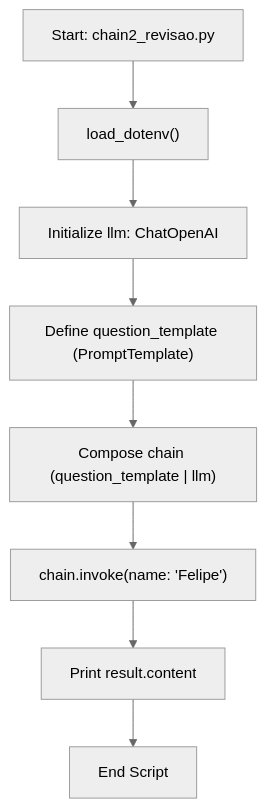
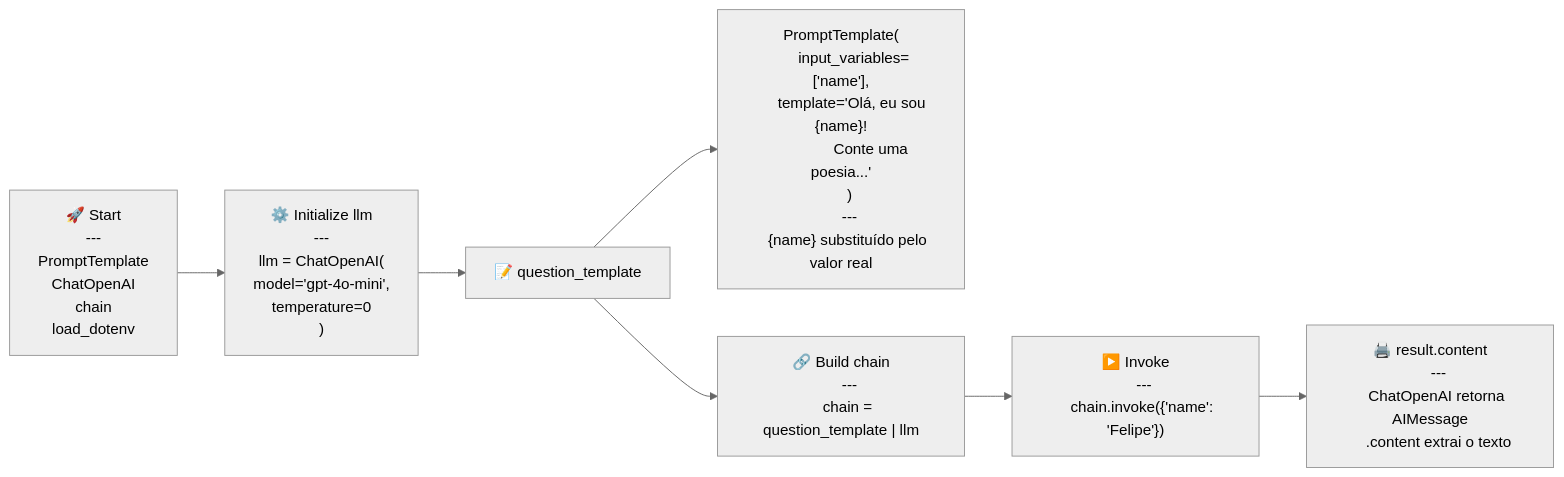
The diagram in mermaid-diagrams/fluxo-chain-simples.mmd (felipecesargomes/langchain), drawn with Mermaid (neutral theme) before and after one commit. The commit also changed 1 other file, not shown here.

Commit message:
feat: atualizar diagrama de fluxo e imagem para fluxo-chain-simples

```diff
--- a/mermaid-diagrams/fluxo-chain-simples.mmd
+++ b/mermaid-diagrams/fluxo-chain-simples.mmd
@@ -1,13 +1,40 @@
----
-references:
-  - "File: /chains-e-processamentos/chain2_revisao.py"
-generationTime: 2026-06-27T20:53:00.050Z
----
-flowchart TD
-    A["Start: chain2_revisao.py"] --> B["load_dotenv()"]
-    B --> C["Initialize llm: ChatOpenAI"]
-    C --> D["Define question_template (PromptTemplate)"]
-    D --> E["Compose chain (question_template | llm)"]
-    E --> F["chain.invoke(name: 'Felipe')"]
-    F --> G["Print result.content"]
-    G --> H["End Script"]
+flowchart LR
+    A["🚀 Start
+    ---
+    PromptTemplate
+    ChatOpenAI
+    chain
+    load_dotenv"]
+
+    B["⚙️ Initialize llm
+    ---
+    llm = ChatOpenAI(
+      model='gpt-4o-mini',
+      temperature=0
+    )"]
+
+    C["📝 question_template"]
+
+    C_detail["PromptTemplate(
+      input_variables=['name'],
+      template='Olá, eu sou {name}!
+               Conte uma poesia...'
+    )
+    ---
+    {name} substituído pelo valor real"]
+
+    D["🔗 Build chain
+    ---
+    chain = question_template | llm"]
+
+    E["▶️ Invoke
+    ---
+    chain.invoke({'name': 'Felipe'})"]
+
+    F["🖨️ result.content
+    ---
+    ChatOpenAI retorna AIMessage
+    .content extrai o texto"]
+
+    A --> B --> C --> D --> E --> F
+    C --> C_detail
```
